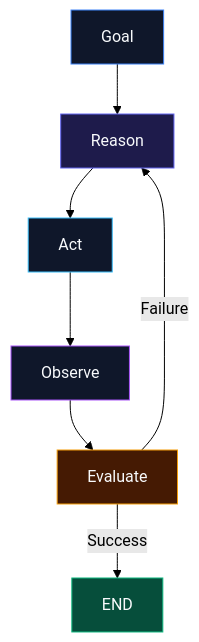
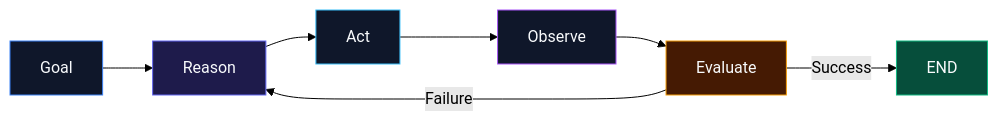
The fifth of 13 diagrams in content/ai-systems/from-prompts-to-graphs.md (Param-Pandya/parampandya.dev), drawn with Mermaid (forest theme) before and after one commit.

Commit message:
Update Loop Engineering diagram orientation to horizontal (graph LR)

````diff
--- a/content/ai-systems/from-prompts-to-graphs.md
+++ b/content/ai-systems/from-prompts-to-graphs.md
@@ -151,16 +151,16 @@
 ```mermaid
-graph TD
+graph LR
     Goal["Goal"] --> Reason["Reason"]
     Reason --> Act["Act"]
     Act --> Observe["Observe"]
     Observe --> Evaluate["Evaluate"]
     Evaluate -->|Success| End["END"]
     Evaluate -->|Failure| Reason
 
     style Goal fill:#0f172a,stroke:#3b82f6,color:#f8fafc
     style Reason fill:#1e1b4b,stroke:#6366f1,color:#f8fafc
     style Act fill:#0f172a,stroke:#38bdf8,color:#f8fafc
     style Observe fill:#0f172a,stroke:#a855f7,color:#f8fafc
     style Evaluate fill:#451a03,stroke:#f59e0b,color:#f8fafc
     style End fill:#064e3b,stroke:#10b981,color:#f8fafc
 ```
````
